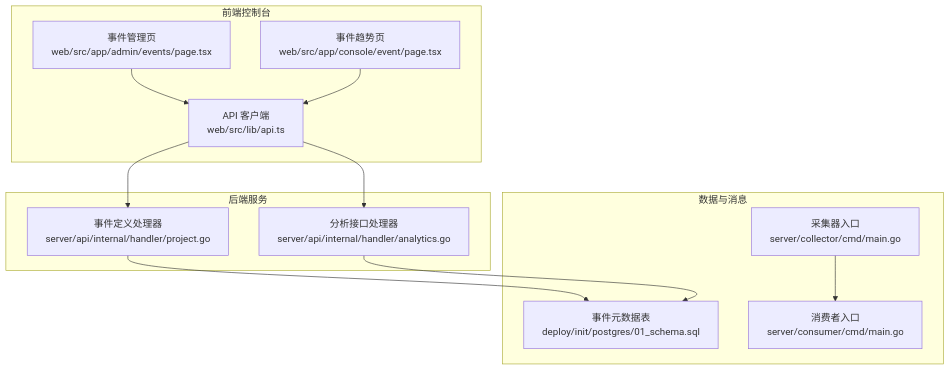
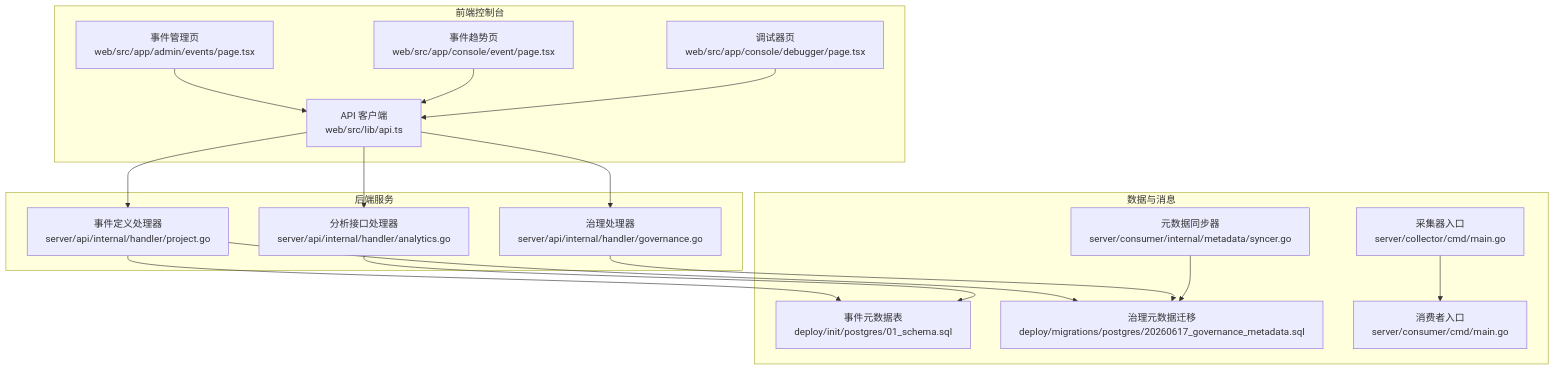
Before and after one commit to zhen-zhong/AeroLog: the first of 11 diagrams in .qoder/repowiki/zh/content/Web控制台/事件管理功能.md, drawn with Mermaid. The commit also changed other lines of this file and 130 other files, not shown here.

````diff
--- a/.qoder/repowiki/zh/content/Web控制台/事件管理功能.md
+++ b/.qoder/repowiki/zh/content/Web控制台/事件管理功能.md
@@ -42,24 +58,33 @@
 ```mermaid
 graph TB
 subgraph "前端控制台"
 WEB_ADMIN["事件管理页<br/>web/src/app/admin/events/page.tsx"]
 WEB_CONSOLE_EVENT["事件趋势页<br/>web/src/app/console/event/page.tsx"]
+WEB_CONSOLE_DEBUGGER["调试器页<br/>web/src/app/console/debugger/page.tsx"]
 WEB_API["API 客户端<br/>web/src/lib/api.ts"]
 end
 subgraph "后端服务"
 API_HANDLER_PROJECT["事件定义处理器<br/>server/api/internal/handler/project.go"]
+API_HANDLER_GOVERNANCE["治理处理器<br/>server/api/internal/handler/governance.go"]
 API_ANALYTICS["分析接口处理器<br/>server/api/internal/handler/analytics.go"]
 end
 subgraph "数据与消息"
 PG_SCHEMA["事件元数据表<br/>deploy/init/postgres/01_schema.sql"]
+PG_MIGRATION["治理元数据迁移<br/>deploy/migrations/postgres/20260617_governance_metadata.sql"]
 COLLECTOR_MAIN["采集器入口<br/>server/collector/cmd/main.go"]
 CONSUMER_MAIN["消费者入口<br/>server/consumer/cmd/main.go"]
+SYNCER["元数据同步器<br/>server/consumer/internal/metadata/syncer.go"]
 end
 WEB_ADMIN --> WEB_API
 WEB_CONSOLE_EVENT --> WEB_API
+WEB_CONSOLE_DEBUGGER --> WEB_API
 WEB_API --> API_HANDLER_PROJECT
+WEB_API --> API_HANDLER_GOVERNANCE
 WEB_API --> API_ANALYTICS
 API_HANDLER_PROJECT --> PG_SCHEMA
+API_HANDLER_PROJECT --> PG_MIGRATION
+API_HANDLER_GOVERNANCE --> PG_MIGRATION
 API_ANALYTICS --> PG_SCHEMA
 COLLECTOR_MAIN --> CONSUMER_MAIN
+SYNCER --> PG_MIGRATION
 ```
````
